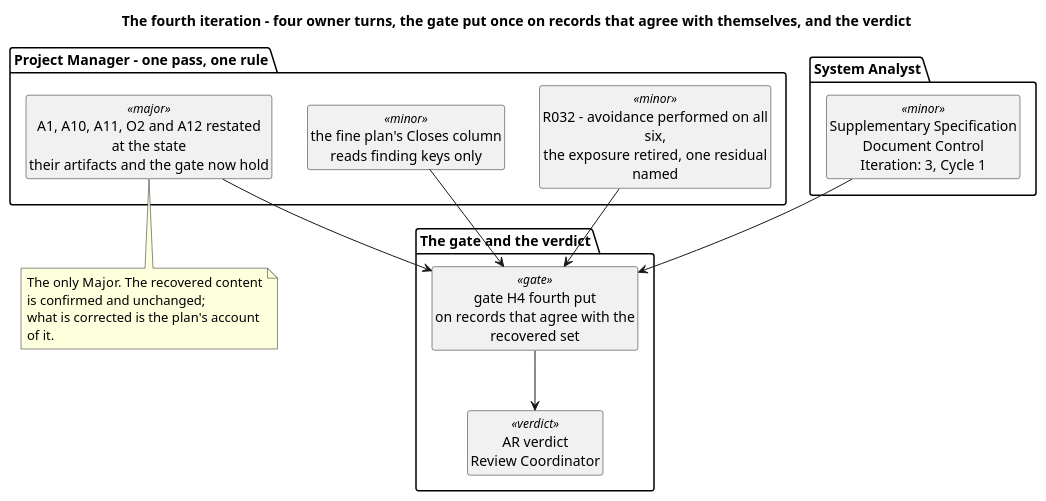
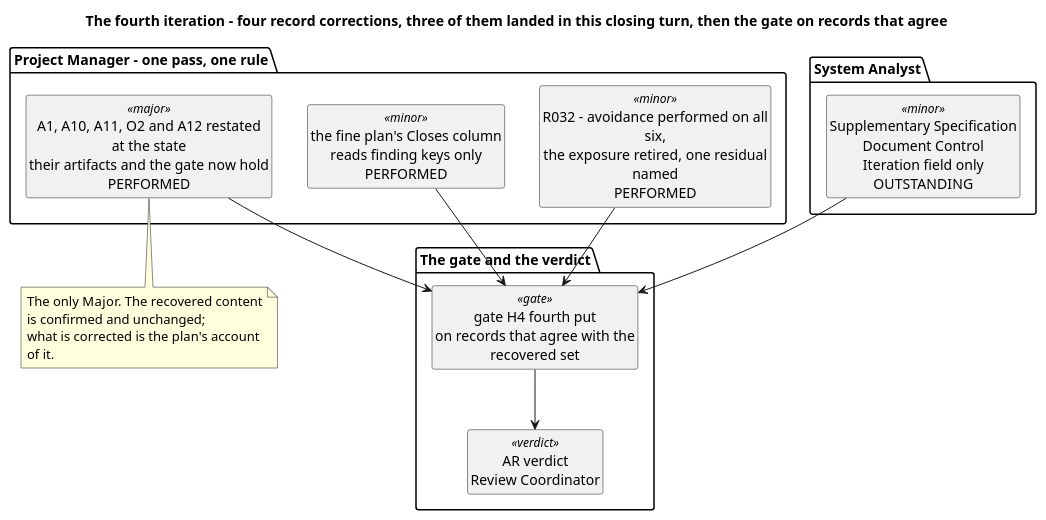
The fifth of 5 diagrams in docs/artifacts/project-management/iteration-assessment.md (banense-test/TodoApp), drawn with PlantUML before and after one commit. The commit also changed other lines of this file, not shown here.

First line of the commit message:
Project Manager [Excavation3]: upsert Iteration Assessment

````diff
--- a/docs/artifacts/project-management/iteration-assessment.md
+++ b/docs/artifacts/project-management/iteration-assessment.md
@@ -283,31 +283,31 @@
 ```plantuml
 @startuml
-title The fourth iteration - four owner turns, the gate put once on records that agree with themselves, and the verdict
+title The fourth iteration - four record corrections, three of them landed in this closing turn, then the gate on records that agree
 skinparam shadowing false
 skinparam wrapWidth 240
 hide circle
 hide empty members
 
 package "Project Manager - one pass, one rule" {
-  class "A1, A10, A11, O2 and A12 restated at the state\ntheir artifacts and the gate now hold" as M1 <<major>>
-  class "the fine plan's Closes column\nreads finding keys only" as M2 <<minor>>
-  class "R032 - avoidance performed on all six,\nthe exposure retired, one residual named" as M3 <<minor>>
+  class "A1, A10, A11, O2 and A12 restated at the state\ntheir artifacts and the gate now hold\nPERFORMED" as M1 <<major>>
+  class "the fine plan's Closes column\nreads finding keys only\nPERFORMED" as M2 <<minor>>
+  class "R032 - avoidance performed on all six,\nthe exposure retired, one residual named\nPERFORMED" as M3 <<minor>>
 }
 package "System Analyst" {
-  class "Supplementary Specification Document Control\nIteration: 3, Cycle 1" as S1 <<minor>>
+  class "Supplementary Specification Document Control\nIteration field only\nOUTSTANDING" as S1 <<minor>>
 }
 package "The gate and the verdict" {
   class "gate H4 fourth put\non records that agree with the recovered set" as G <<gate>>
   class "AR verdict\nReview Coordinator" as V <<verdict>>
 }
 M1 --> G
 M2 --> G
 M3 --> G
 S1 --> G
 G --> V
 note bottom of M1
   The only Major. The recovered content is confirmed and unchanged;
   what is corrected is the plan's account of it.
 end note
 @enduml
 ```
````
